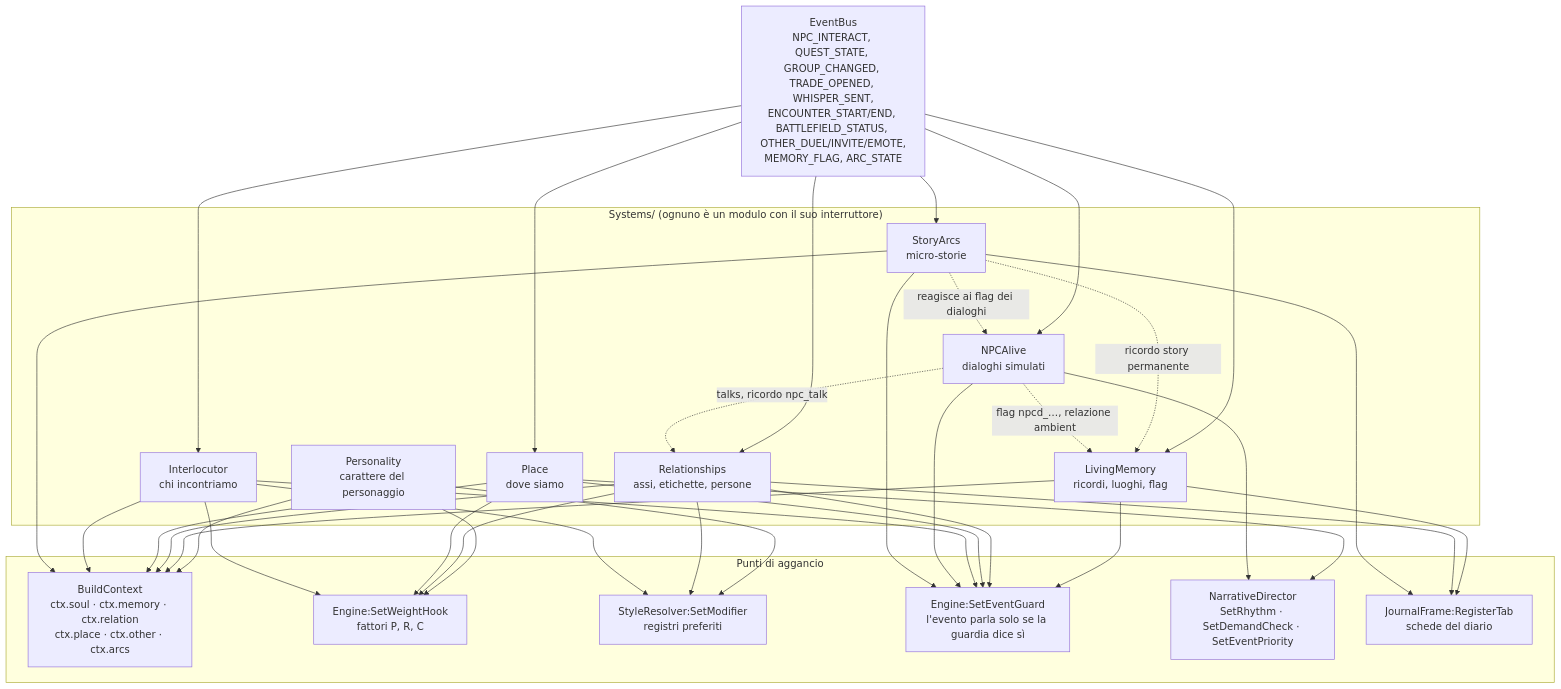
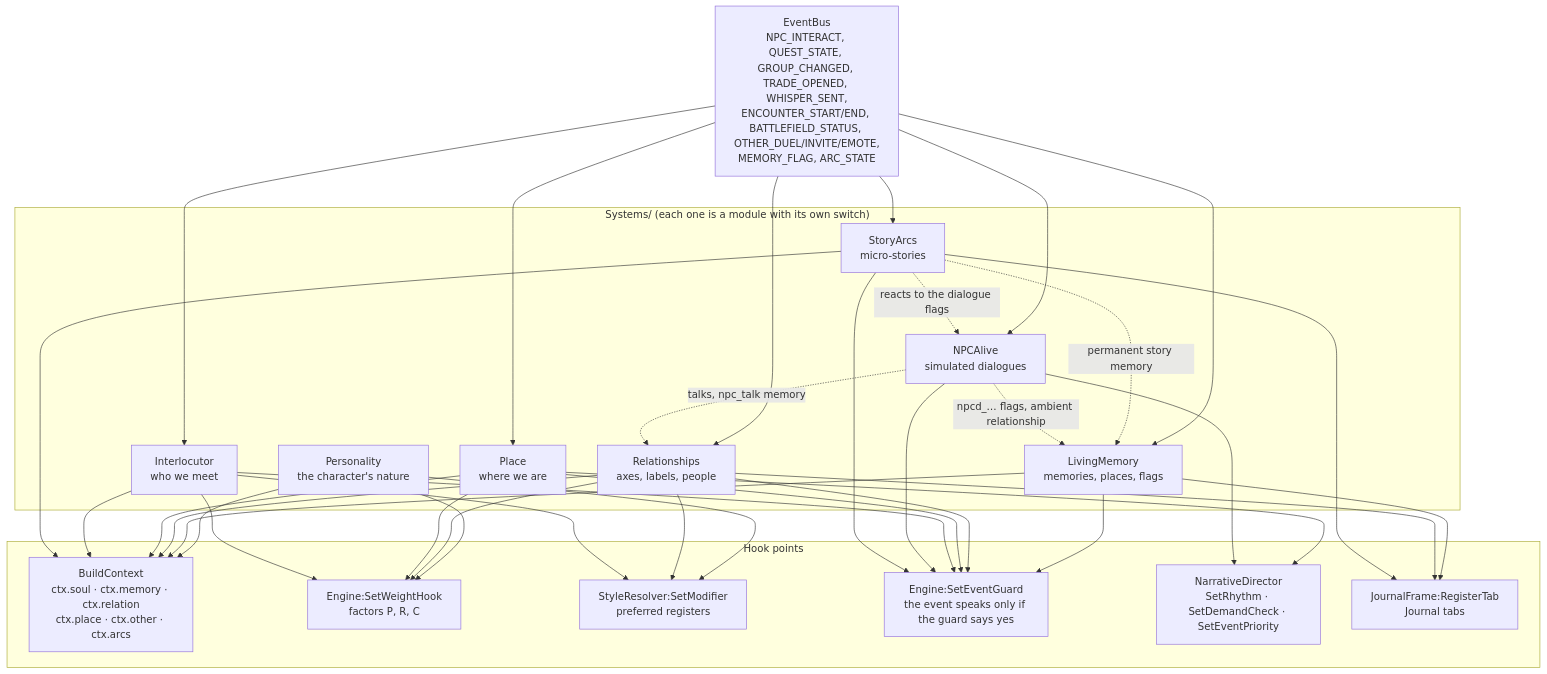
Before and after one commit to Finland6738/azeroth-unspoken: the second of 14 diagrams in docs/ARCHITECTURE.md, drawn with Mermaid. The commit also changed other lines of this file and 31 other files, not shown here.

````diff
--- a/docs/ARCHITECTURE.md
+++ b/docs/ARCHITECTURE.md
@@ -144,36 +144,36 @@
 ```mermaid
 flowchart TB
     BUS["EventBus<br/>NPC_INTERACT, QUEST_STATE, GROUP_CHANGED, TRADE_OPENED, WHISPER_SENT,<br/>ENCOUNTER_START/END, BATTLEFIELD_STATUS, OTHER_DUEL/INVITE/EMOTE,<br/>MEMORY_FLAG, ARC_STATE"]
 
-    subgraph SYS["Systems/ (ognuno è un modulo con il suo interruttore)"]
-        SOUL["Personality<br/>carattere del personaggio"]
-        MEM["LivingMemory<br/>ricordi, luoghi, flag"]
-        REL["Relationships<br/>assi, etichette, persone"]
-        PLC["Place<br/>dove siamo"]
-        INT["Interlocutor<br/>chi incontriamo"]
-        NPC["NPCAlive<br/>dialoghi simulati"]
-        ARC["StoryArcs<br/>micro-storie"]
+    subgraph SYS["Systems/ (each one is a module with its own switch)"]
+        SOUL["Personality<br/>the character's nature"]
+        MEM["LivingMemory<br/>memories, places, flags"]
+        REL["Relationships<br/>axes, labels, people"]
+        PLC["Place<br/>where we are"]
+        INT["Interlocutor<br/>who we meet"]
+        NPC["NPCAlive<br/>simulated dialogues"]
+        ARC["StoryArcs<br/>micro-stories"]
     end
 
-    subgraph HOOK["Punti di aggancio"]
+    subgraph HOOK["Hook points"]
         CTX["BuildContext<br/>ctx.soul · ctx.memory · ctx.relation<br/>ctx.place · ctx.other · ctx.arcs"]
-        WH["Engine:SetWeightHook<br/>fattori P, R, C"]
-        SM["StyleResolver:SetModifier<br/>registri preferiti"]
-        EG["Engine:SetEventGuard<br/>l'evento parla solo se la guardia dice sì"]
+        WH["Engine:SetWeightHook<br/>factors P, R, C"]
+        SM["StyleResolver:SetModifier<br/>preferred registers"]
+        EG["Engine:SetEventGuard<br/>the event speaks only if the guard says yes"]
         RH["NarrativeDirector<br/>SetRhythm · SetDemandCheck · SetEventPriority"]
-        JT["JournalFrame:RegisterTab<br/>schede del diario"]
+        JT["JournalFrame:RegisterTab<br/>Journal tabs"]
     end
 
     BUS --> MEM & REL & INT & NPC & ARC & PLC
     SOUL --> CTX & WH & SM
     MEM --> CTX & EG & JT
     REL --> CTX & WH & SM & EG & JT
     PLC --> CTX & WH & RH & EG
     INT --> CTX & WH & SM & EG
     NPC --> EG & RH
     ARC --> CTX & EG & JT
-    ARC -. "ricordo story permanente" .-> MEM
-    NPC -. "flag npcd_…, relazione ambient" .-> MEM
-    NPC -. "talks, ricordo npc_talk" .-> REL
-    ARC -. "reagisce ai flag dei dialoghi" .-> NPC
+    ARC -. "permanent story memory" .-> MEM
+    NPC -. "npcd_… flags, ambient relationship" .-> MEM
+    NPC -. "talks, npc_talk memory" .-> REL
+    ARC -. "reacts to the dialogue flags" .-> NPC
 ```
````
